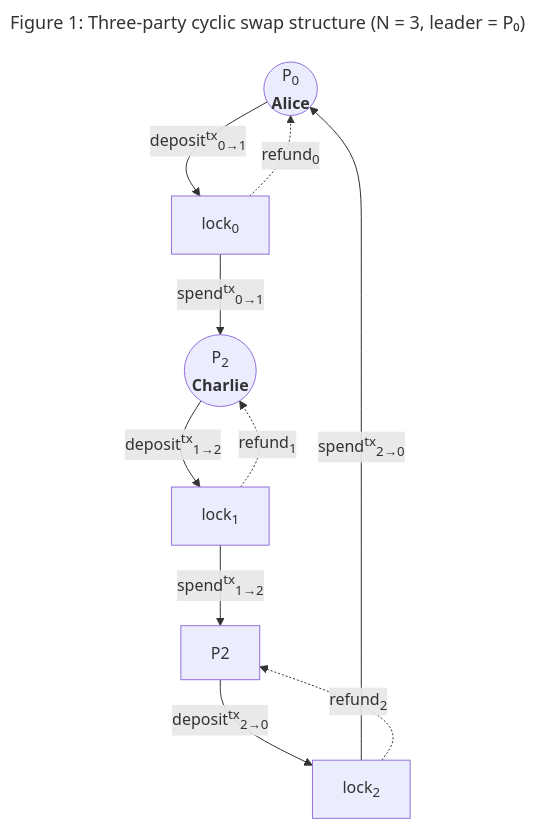
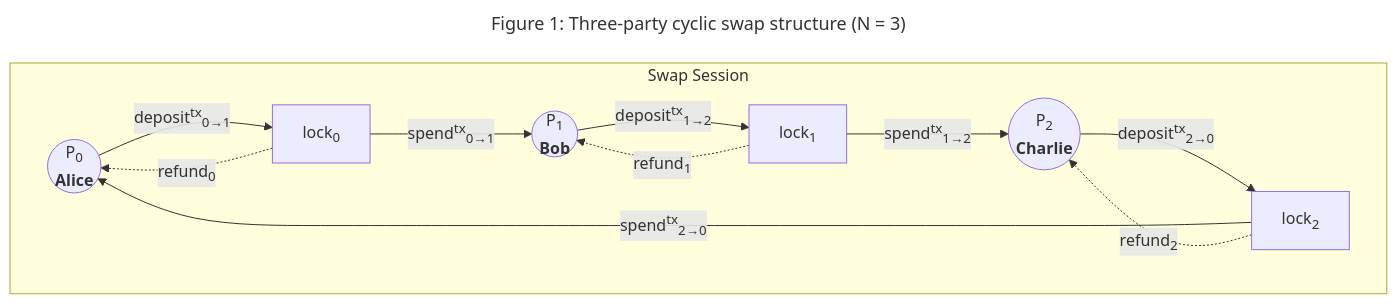
Before and after one commit to input-output-hk/cyclic-atomic-swap: the diagram in docs/abstract.md, drawn with Mermaid.

Commit message:
Corrected mermaid diagram in `abstract.md` to fix a labelling error and updated the figure title for clarity.

````diff
--- a/docs/abstract.md
+++ b/docs/abstract.md
@@ -82,24 +82,26 @@
 ```mermaid
 ---
-title: "Figure 1: Three-party cyclic swap structure (N = 3, leader = P₀)"
+title: "Figure 1: Three-party cyclic swap structure (N = 3)"
 ---
 graph TD
+    subgraph Swap Session
     P0((P<sub>0</sub><br><b>Alice</b>))
     P1((P<sub>1</sub><br><b>Bob</b>))
-    P1((P<sub>2</sub><br><b>Charlie</b>))
+    P2((P<sub>2</sub><br><b>Charlie</b>))
     L0[lock<sub>0</sub>]
     L1[lock<sub>1</sub>]
     L2[lock<sub>2</sub>]
  
     P0 -->|deposit<sup>tx</sup><sub>0→1</sub>| L0
     P1 -->|deposit<sup>tx</sup><sub>1→2</sub>| L1
     P2 -->|deposit<sup>tx</sup><sub>2→0</sub>| L2
  
     L0 -->|spend<sup>tx</sup><sub>0→1</sub>| P1
     L1 -->|spend<sup>tx</sup><sub>1→2</sub>| P2
     L2 -->|spend<sup>tx</sup><sub>2→0</sub>| P0
  
     L0 -.->|refund<sub>0</sub>| P0
     L1 -.->|refund<sub>1</sub>| P1
     L2 -.->|refund<sub>2</sub>| P2
+    end
 ```
````
